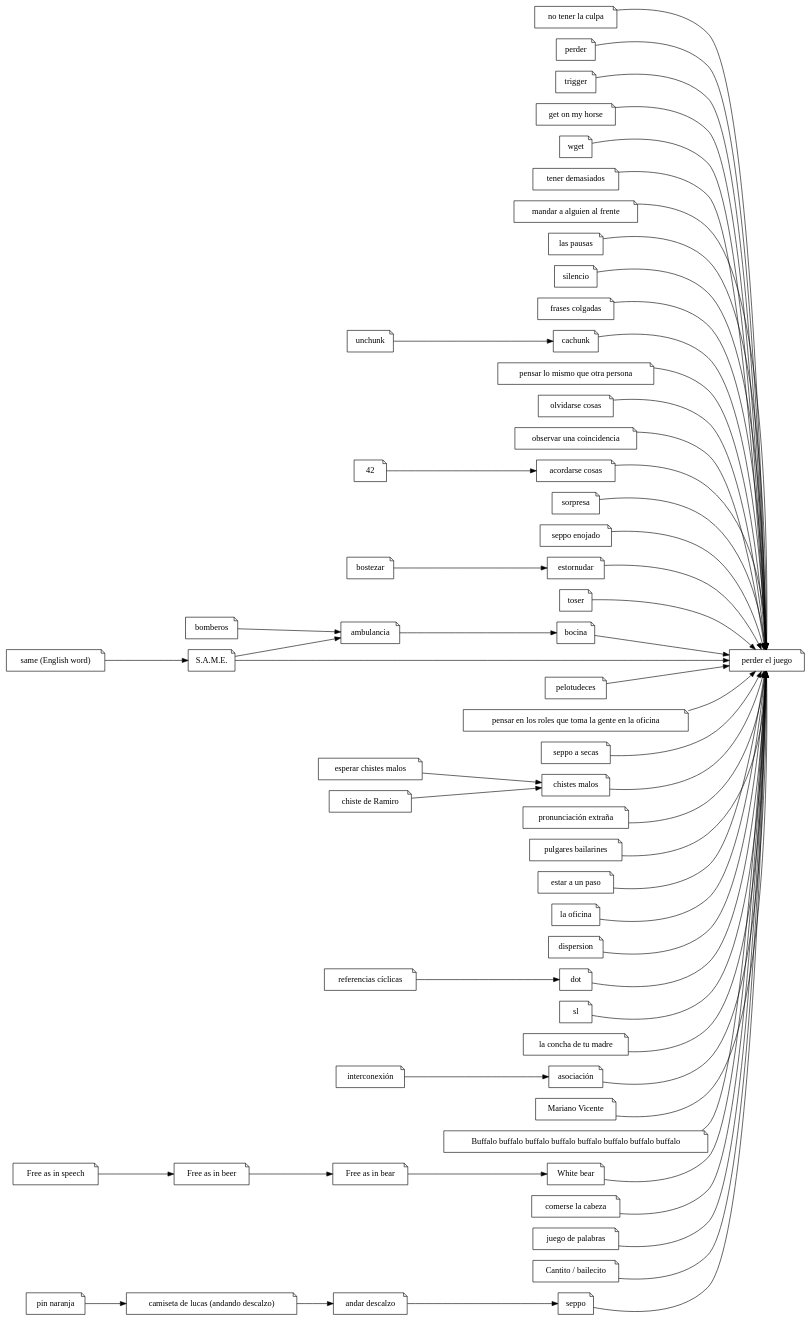
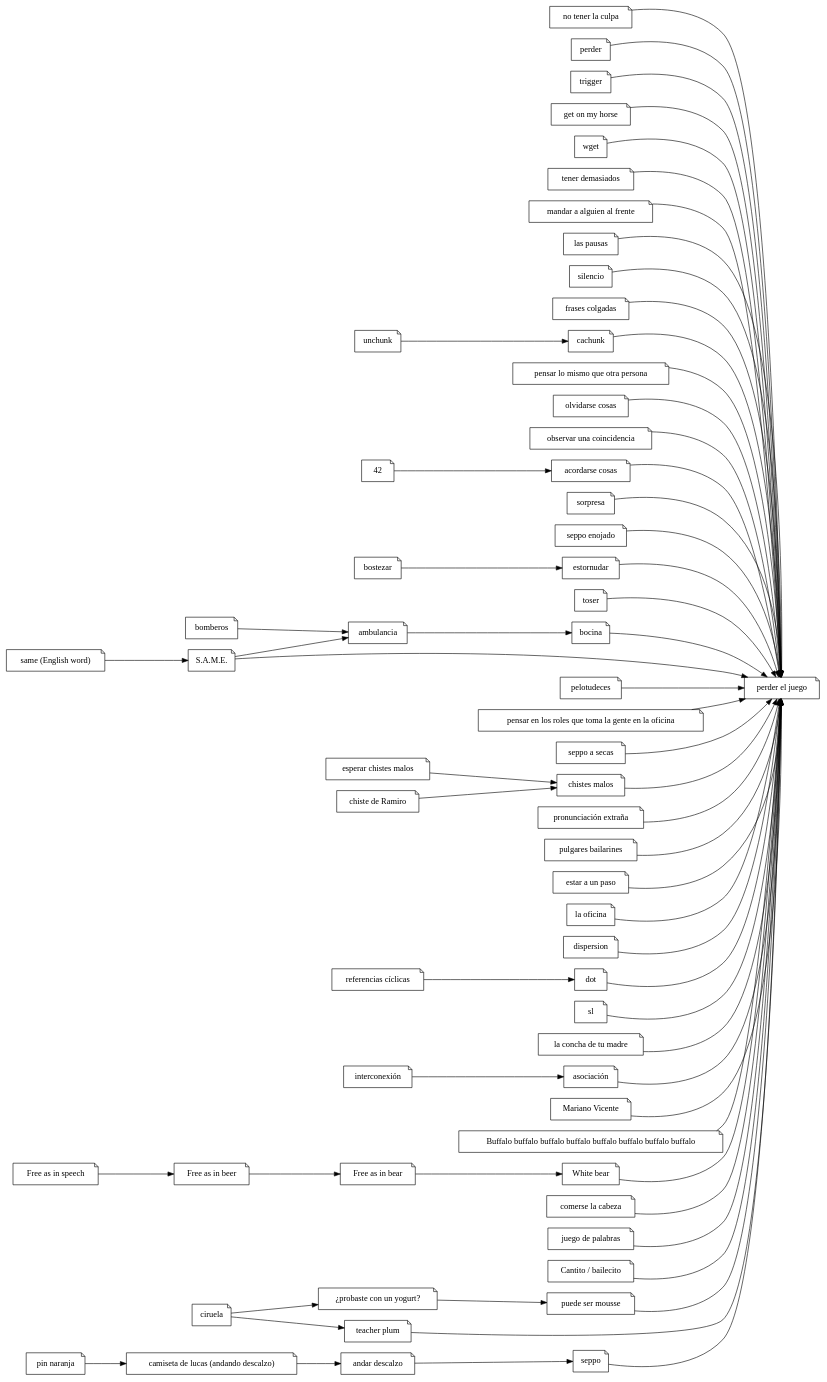
Before and after one commit to ramiror/ilostthegame: the diagram in ilostthegame.dot, drawn with Graphviz. The commit also changed 3 other files, not shown here.

```diff
--- a/ilostthegame.dot
+++ b/ilostthegame.dot
@@ -1,116 +1,121 @@
 digraph
 {
     rankdir="LR"
     node [shape="note"]
 
     pej [label="perder el juego"]
     "no tener la culpa"
     "perder"
     "trigger"
     "get on my horse"
     "wget"
     "tener demasiados"
     "mandar a alguien al frente"
     "las pausas"
     "silencio"
     "frases colgadas"
     "cachunk"
     "pensar lo mismo que otra persona"
     "olvidarse cosas"
     "observar una coincidencia"
     "acordarse cosas"
     "sorpresa"
     "seppo enojado"
     "estornudar"
     "toser"
     "bocina"
     "pelotudeces"
     roles [label="pensar en los roles que toma la gente en la oficina"]
     "seppo a secas"
     "bostezar"
     "chistes malos"
     pe [label="pronunciación extraña"]
     "pulgares bailarines"
     "estar a un paso"
     "la oficina"
     "dispersion"
     "ambulancia"
     "esperar chistes malos"
     "chiste de Ramiro"
     "unchunk"
     "andar descalzo"
     "pin naranja"
     dot
     sl
     rc [label="referencias cíclicas"]
     camiseta [label="camiseta de lucas (andando descalzo)"]
     lcdtm [label="la concha de tu madre"]
     bomberos
     int [label="interconexión"]
     asoc [label="asociación"]
     mv [label="Mariano Vicente"]
     buffalo [label="Buffalo buffalo buffalo buffalo buffalo buffalo buffalo buffalo"]
     fais [label="Free as in speech"]
     faib [label="Free as in beer"]
     faibe [label="Free as in bear"]
     wb [label="White bear"]
     comecoco [label="comerse la cabeza"]
     palabras [label="juego de palabras"]
     cantito [label="Cantito / bailecito"]
     same_english [label="same (English word)"]
     same_acronym [label="S.A.M.E."]
+    yogurt [label="¿probaste con un yogurt?"]
+    mousse [label="puede ser mousse"]
+    teacher_plum [label="teacher plum"]
 
     "perder"                           -> pej
     "no tener la culpa"                -> pej
     "trigger"                          -> pej
     "get on my horse"                  -> pej
     "wget"                             -> pej
     "tener demasiados"                 -> pej
     "mandar a alguien al frente"       -> pej
     "las pausas"                       -> pej
     "silencio"                         -> pej
     "frases colgadas"                  -> pej
     "cachunk"                          -> pej
     "pensar lo mismo que otra persona" -> pej
     "olvidarse cosas"                  -> pej
     "observar una coincidencia"        -> pej
     "acordarse cosas"                  -> pej
     "sorpresa"                         -> pej
     "seppo enojado"                    -> pej
     "estornudar"                       -> pej
     "toser"                            -> pej
     "bocina"                           -> pej
     "pelotudeces"                      -> pej
     roles -> pej
     "seppo a secas"                    -> pej
     "chistes malos"                    -> pej
     pe                                 -> pej
     "pulgares bailarines"              -> pej
     "estar a un paso"                  -> pej
     "la oficina"                       -> pej
     "dispersion"                       -> pej
     "seppo"                            -> pej
     lcdtm                              -> pej
     asoc                               -> pej
     mv                                 -> pej
     dot                                -> pej
     sl                                 -> pej
     buffalo                            -> pej
     comecoco                           -> pej
     palabras                           -> pej
 
     bomberos -> "ambulancia" -> "bocina"
     "esperar chistes malos" -> "chistes malos"
     "chiste de Ramiro" -> "chistes malos"
     "unchunk" -> "cachunk"
     "andar descalzo" -> "seppo"
     "pin naranja" -> camiseta -> "andar descalzo"
     int -> asoc
     "bostezar" -> estornudar
     42 -> "acordarse cosas"
     rc -> dot
     fais -> faib -> faibe -> wb        -> pej
     cantito                            -> pej
     same_english -> same_acronym       -> pej
     same_acronym -> ambulancia
+    ciruela -> yogurt -> mousse        -> pej
+    ciruela -> teacher_plum            -> pej
 }
```
